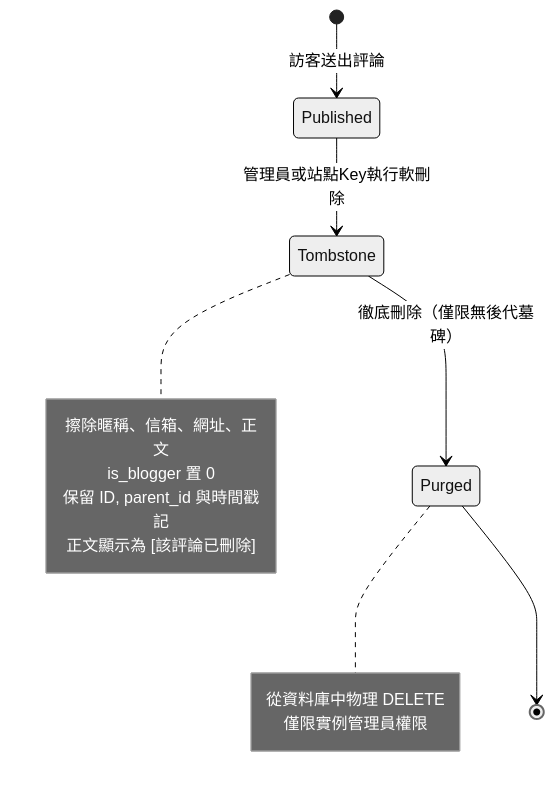
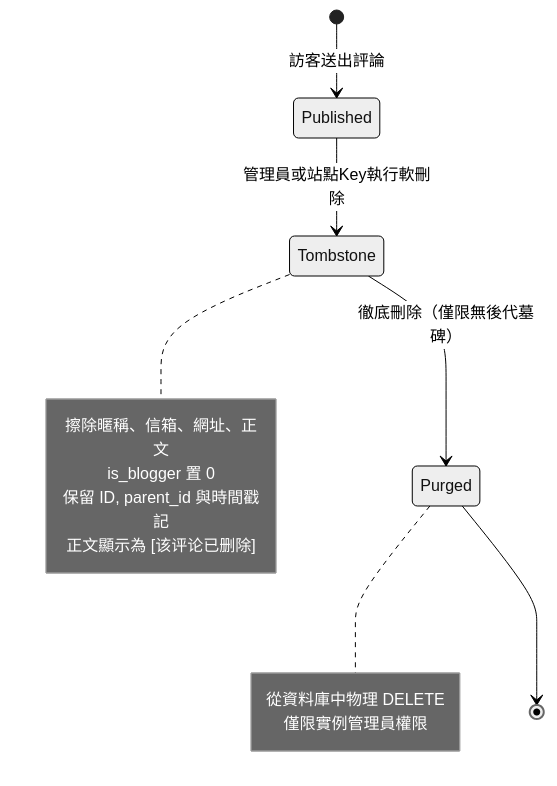
The second of 4 diagrams in docs/zh-hant/guide/concepts.md (DejavuMoe/Ecoku), drawn with Mermaid (neutral theme) before and after one commit. The commit also changed other lines of this file and 66 other files, not shown here.

````diff
--- a/docs/zh-hant/guide/concepts.md
+++ b/docs/zh-hant/guide/concepts.md
@@ -45,17 +45,17 @@
 ```mermaid
 stateDiagram-v2
     [*] --> Published: 訪客送出評論
     Published --> Tombstone: 管理員或站點Key執行軟刪除
     note right of Tombstone
       擦除暱稱、信箱、網址、正文
       is_blogger 置 0
       保留 ID, parent_id 與時間戳記
-      正文顯示為 [該評論已刪除]
+      正文顯示為 [该评论已删除]
     end note
     Tombstone --> Purged: 徹底刪除（僅限無後代墓碑）
     note right of Purged
       從資料庫中物理 DELETE
       僅限實例管理員權限
     end note
     Purged --> [*]
 ```
````
